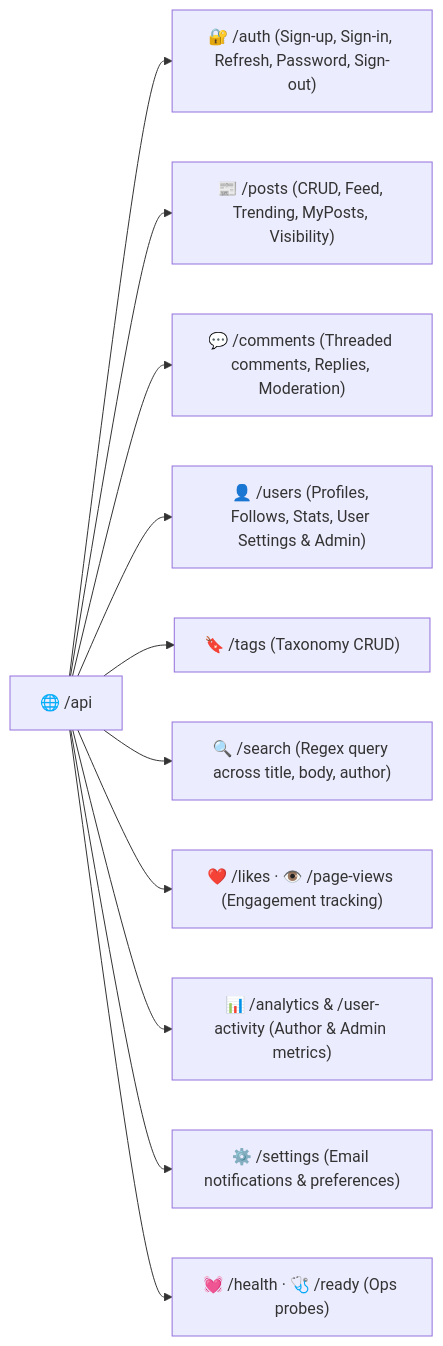
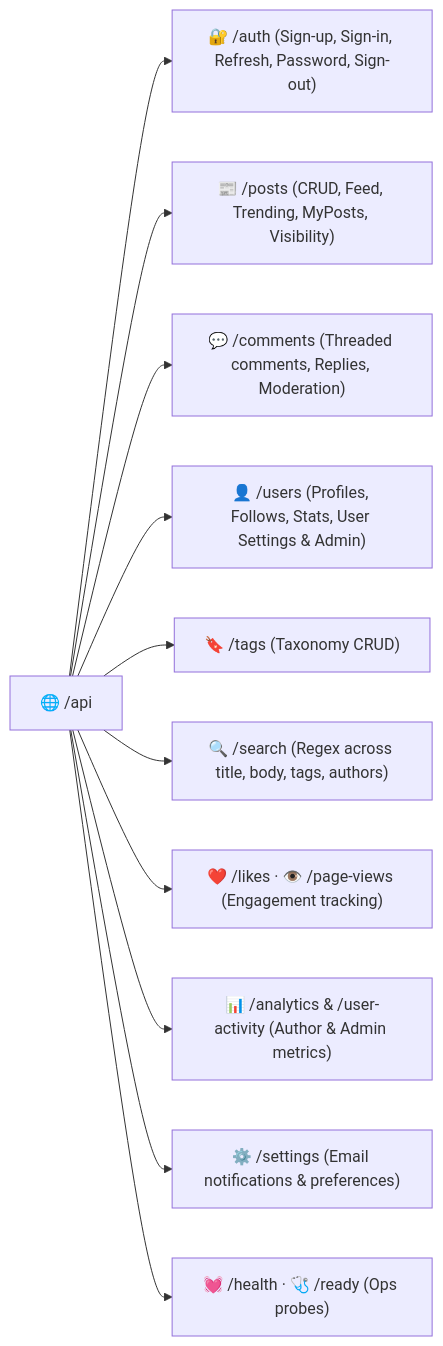
One commit to Purvesh-PJ/bloghub changed the diagram in docs/reference/api.md. Above: the diagram before and after it, drawn with Mermaid. The commit also changed other lines of this file and 24 other files, not shown here.

````diff
--- a/docs/reference/api.md
+++ b/docs/reference/api.md
@@ -105,15 +105,15 @@
 ```mermaid
 graph LR
     API["🌐 /api"]
 
     API --> Auth["🔐 /auth (Sign-up, Sign-in, Refresh, Password, Sign-out)"]
     API --> Posts["📰 /posts (CRUD, Feed, Trending, MyPosts, Visibility)"]
     API --> Comments["💬 /comments (Threaded comments, Replies, Moderation)"]
     API --> Users["👤 /users (Profiles, Follows, Stats, User Settings & Admin)"]
     API --> Tags["🔖 /tags (Taxonomy CRUD)"]
-    API --> Search["🔍 /search (Regex query across title, body, author)"]
+    API --> Search["🔍 /search (Regex across title, body, tags, authors)"]
     API --> Social["❤️ /likes · 👁️ /page-views (Engagement tracking)"]
     API --> Analytics["📊 /analytics & /user-activity (Author & Admin metrics)"]
     API --> Settings["⚙️ /settings (Email notifications & preferences)"]
     API --> Health["💓 /health · 🩺 /ready (Ops probes)"]
 ```
````
